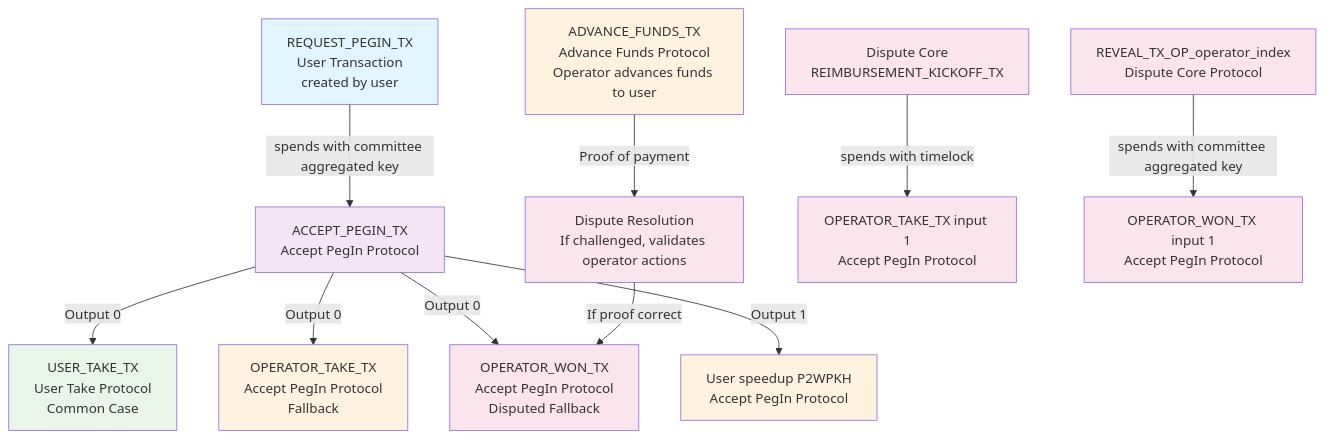
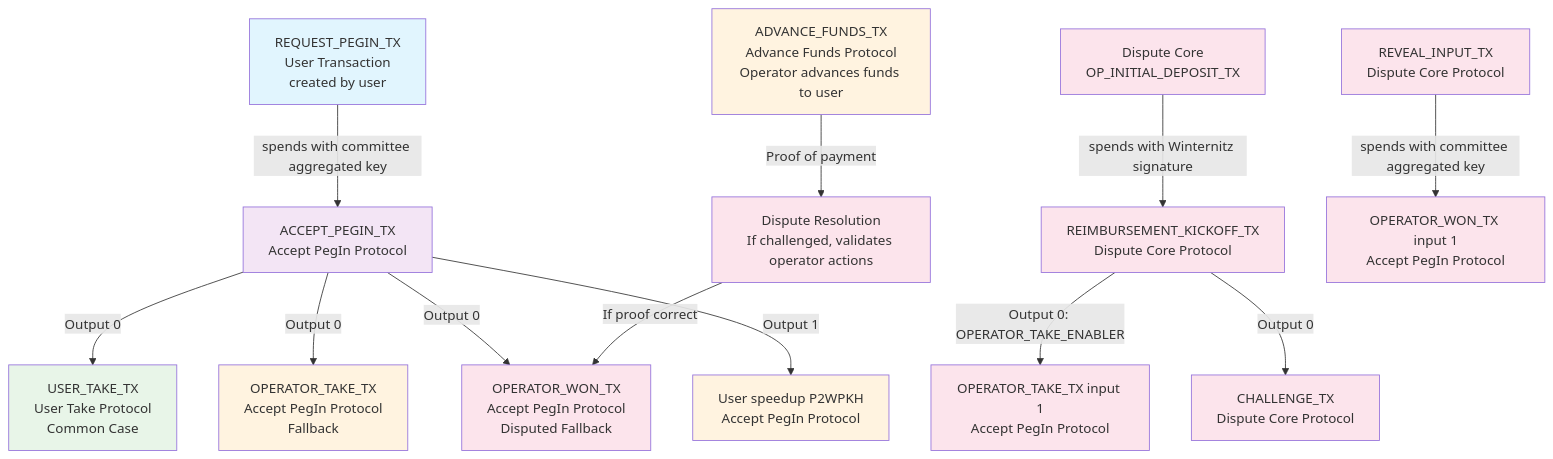
One commit to rsksmart/union-bridge-contracts changed the first of 14 diagrams in bitcoin-transactions.md. Above: the diagram before and after it, drawn with Mermaid. The commit also changed other lines of this file and 1 other file, not shown here.

````diff
--- a/bitcoin-transactions.md
+++ b/bitcoin-transactions.md
@@ -90,29 +100,33 @@
 ```mermaid
 graph TD
     A[REQUEST_PEGIN_TX<br/>User Transaction<br/>created by user] -->|spends with committee aggregated key| B[ACCEPT_PEGIN_TX<br/>Accept PegIn Protocol]
     B -->|Output 0| C[USER_TAKE_TX<br/>User Take Protocol<br/>Common Case]
     B -->|Output 0| D[OPERATOR_TAKE_TX<br/>Accept PegIn Protocol<br/>Fallback]
     B -->|Output 0| E[OPERATOR_WON_TX<br/>Accept PegIn Protocol<br/>Disputed Fallback]
     B -->|Output 1| F[User speedup P2WPKH<br/>Accept PegIn Protocol]
     
     %% Advance Funds Protocol
     G[ADVANCE_FUNDS_TX<br/>Advance Funds Protocol<br/>Operator advances funds to user] -->|Proof of payment| H[Dispute Resolution<br/>If challenged, validates operator actions]
     H -->|If proof correct| E
     
-    %% Dispute Core Protocol inputs
-    I[Dispute Core<br/>REIMBURSEMENT_KICKOFF_TX] -->|spends with timelock| J[OPERATOR_TAKE_TX input 1<br/>Accept PegIn Protocol]
-    K[REVEAL_TX_OP_operator_index<br/>Dispute Core Protocol] -->|spends with committee aggregated key| L[OPERATOR_WON_TX input 1<br/>Accept PegIn Protocol]
+    %% Dispute Core Protocol
+    I[Dispute Core<br/>OP_INITIAL_DEPOSIT_TX] -->|spends with Winternitz signature| M[REIMBURSEMENT_KICKOFF_TX<br/>Dispute Core Protocol]
+    M -->|Output 0: OPERATOR_TAKE_ENABLER| J[OPERATOR_TAKE_TX input 1<br/>Accept PegIn Protocol]
+    M -->|Output 0| N[CHALLENGE_TX<br/>Dispute Core Protocol]
+    K[REVEAL_INPUT_TX<br/>Dispute Core Protocol] -->|spends with committee aggregated key| L[OPERATOR_WON_TX input 1<br/>Accept PegIn Protocol]
     
     style A fill:#e1f5fe
     style B fill:#f3e5f5
     style C fill:#e8f5e8
     style D fill:#fff3e0
     style E fill:#fce4ec
     style F fill:#fff3e0
     style G fill:#fff3e0
     style H fill:#fce4ec
     style I fill:#fce4ec
     style J fill:#fce4ec
     style K fill:#fce4ec
     style L fill:#fce4ec
+    style M fill:#fce4ec
+    style N fill:#fce4ec
 ```
````
